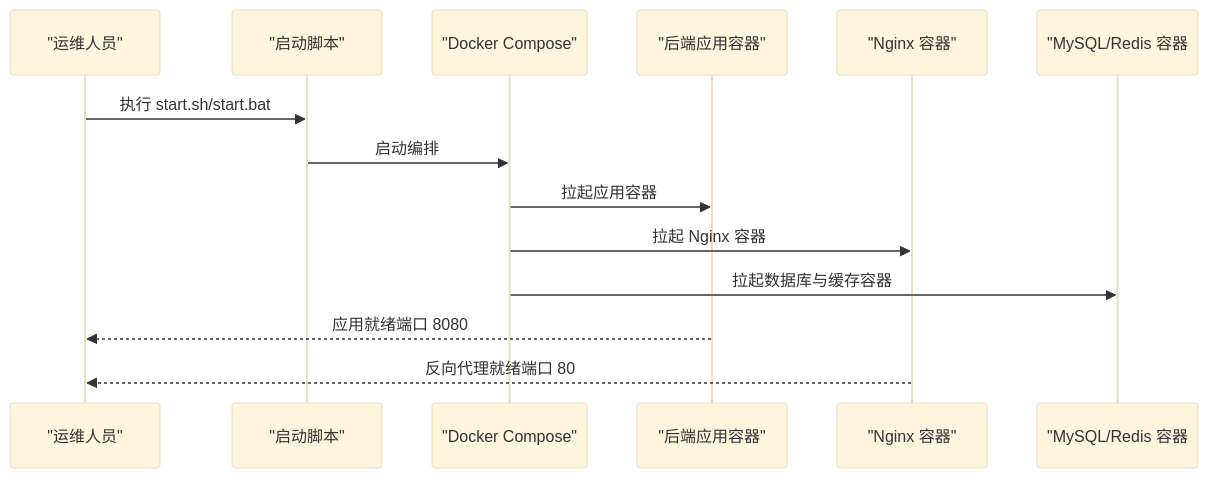
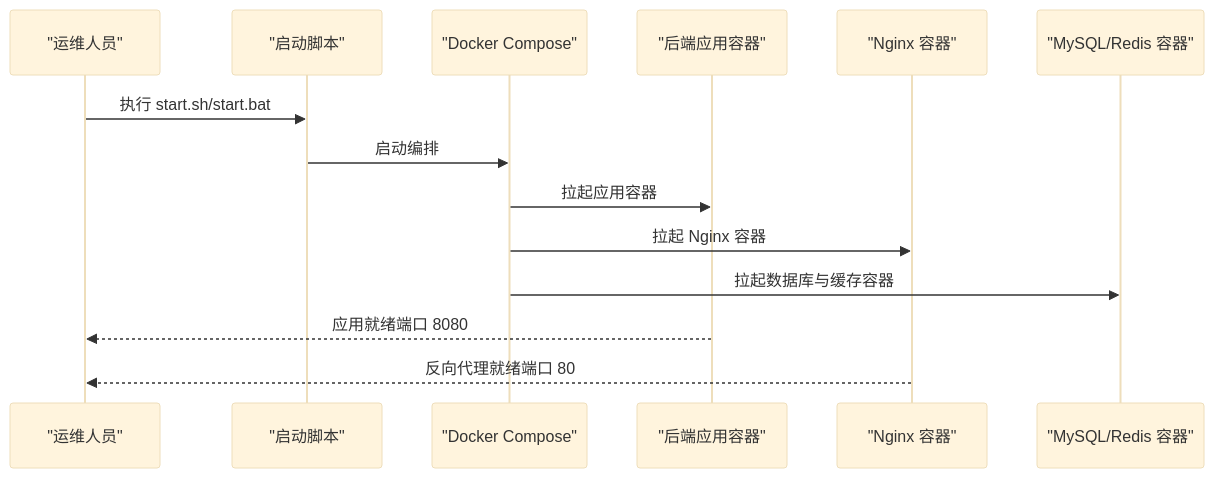
Before and after one commit to junjiechen66/newWorld: the fifth of 6 diagrams in .qoder/repowiki/zh/content/部署指南/部署指南.md, drawn with Mermaid (base theme). The commit also changed other lines of this file and 70 other files, not shown here.

````diff
--- a/.qoder/repowiki/zh/content/部署指南/部署指南.md
+++ b/.qoder/repowiki/zh/content/部署指南/部署指南.md
@@ -292,16 +308,16 @@
 ```mermaid
 sequenceDiagram
 participant Dev as "运维人员"
 participant Script as "启动脚本"
 participant DC as "Docker Compose"
 participant App as "后端应用容器"
 participant Nginx as "Nginx 容器"
-participant DB as "MySQL/Redis 容器
+participant DB as "MySQL/Redis 容器"
 Dev->>Script : 执行 start.sh/start.bat
 Script->>DC : 启动编排
 DC->>App : 拉起应用容器
 DC->>Nginx : 拉起 Nginx 容器
 DC->>DB : 拉起数据库与缓存容器
 App-->>Dev : 应用就绪端口 8080
 Nginx-->>Dev : 反向代理就绪端口 80
 ```
````
